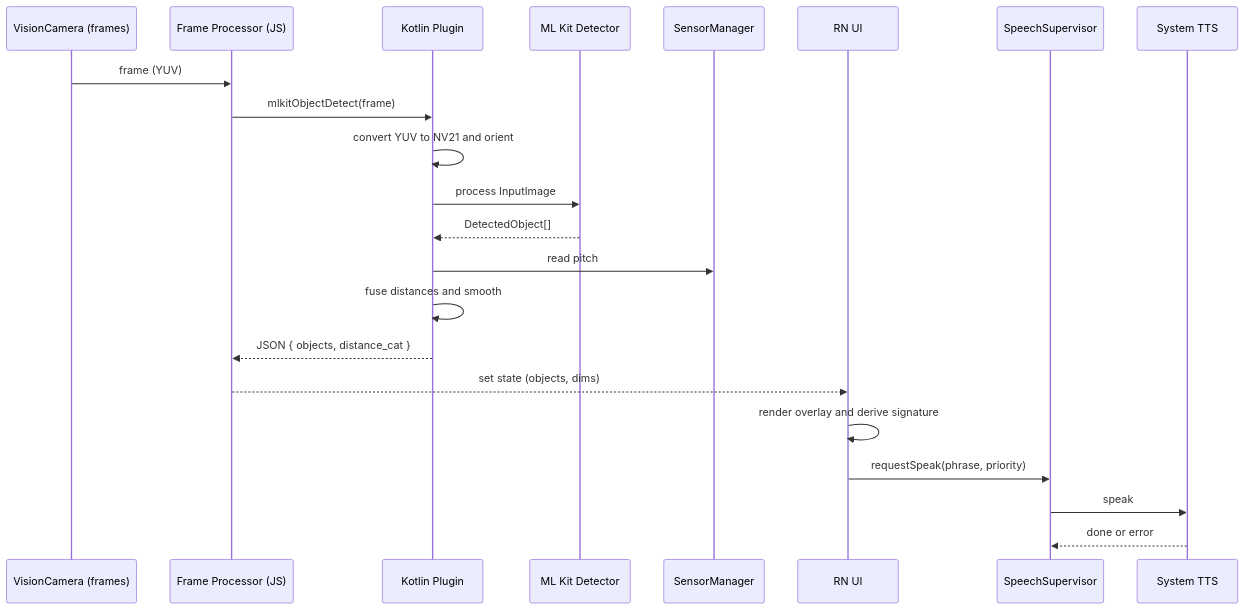
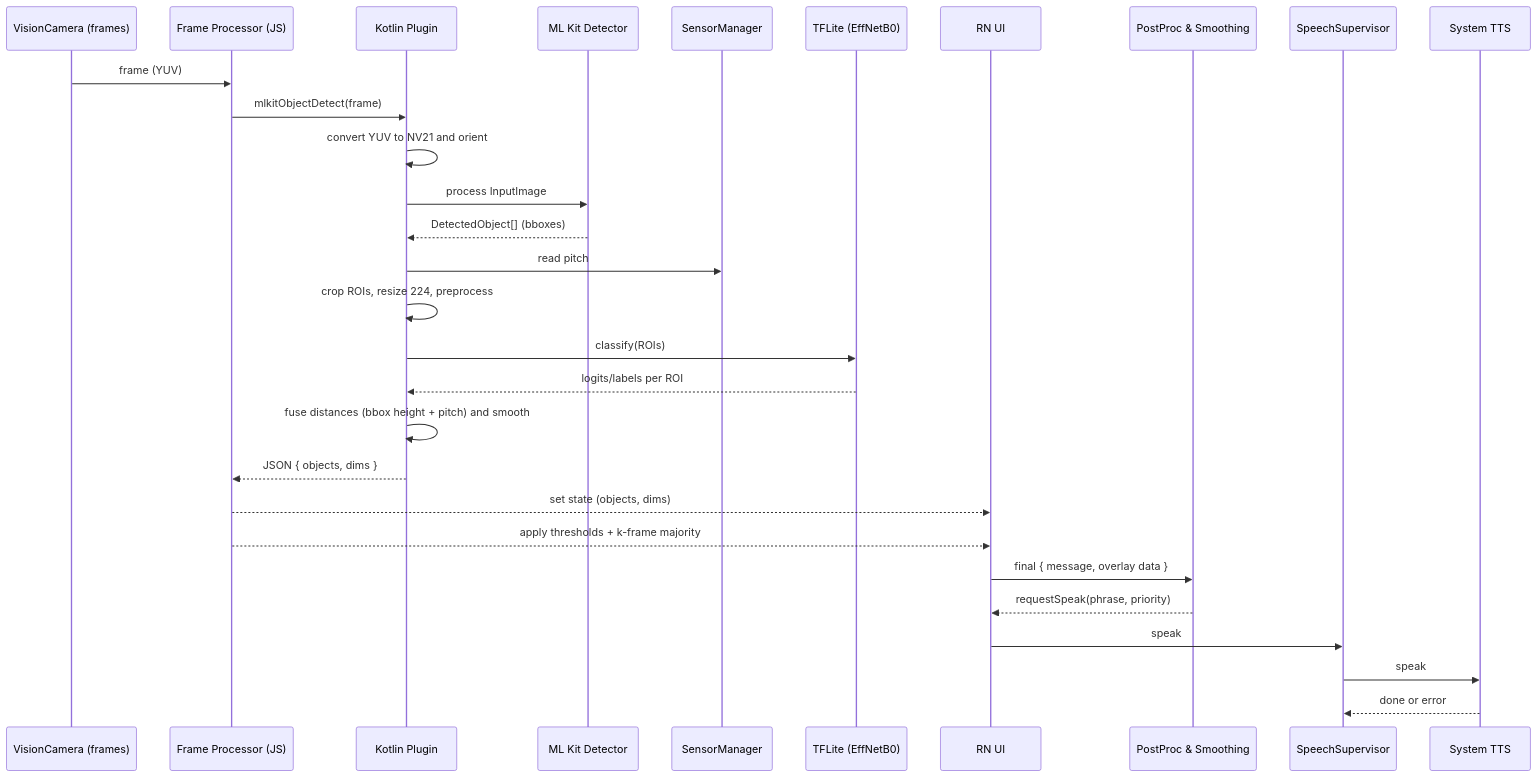
The fourth of 4 diagrams in app/docs_architecture_Version2.md (Kinosaur/SEEiT-CV), drawn with Mermaid before and after one commit.

Commit message:
Update architecture documentation with new components

````diff
--- a/app/docs_architecture_Version2.md
+++ b/app/docs_architecture_Version2.md
@@ -104,25 +104,32 @@
 ```mermaid
 sequenceDiagram
   participant Cam as VisionCamera (frames)
   participant FP as Frame Processor (JS)
   participant MLP as Kotlin Plugin
   participant MLK as ML Kit Detector
   participant IMU as SensorManager
+  participant TFL as TFLite (EffNetB0)
   participant RN as RN UI
+  participant Post as PostProc & Smoothing
   participant Sp as SpeechSupervisor
   participant TTS as System TTS
 
   Cam->>FP: frame (YUV)
   FP->>MLP: mlkitObjectDetect(frame)
   MLP->>MLP: convert YUV to NV21 and orient
   MLP->>MLK: process InputImage
-  MLK-->>MLP: DetectedObject[]
+  MLK-->>MLP: DetectedObject[] (bboxes)
   MLP->>IMU: read pitch
-  MLP->>MLP: fuse distances and smooth
-  MLP-->>FP: JSON { objects, distance_cat }
+  MLP->>MLP: crop ROIs, resize 224, preprocess
+  MLP->>TFL: classify(ROIs)
+  TFL-->>MLP: logits/labels per ROI
+  MLP->>MLP: fuse distances (bbox height + pitch) and smooth
+  MLP-->>FP: JSON { objects, dims }
   FP-->>RN: set state (objects, dims)
-  RN->>RN: render overlay and derive signature
-  RN->>Sp: requestSpeak(phrase, priority)
+  FP-->>RN: apply thresholds + k-frame majority
+  RN->>Post: final { message, overlay data }
+  Post-->>RN: requestSpeak(phrase, priority)
+  RN->>Sp: speak
   Sp->>TTS: speak
   TTS-->>Sp: done or error
 ```
````
